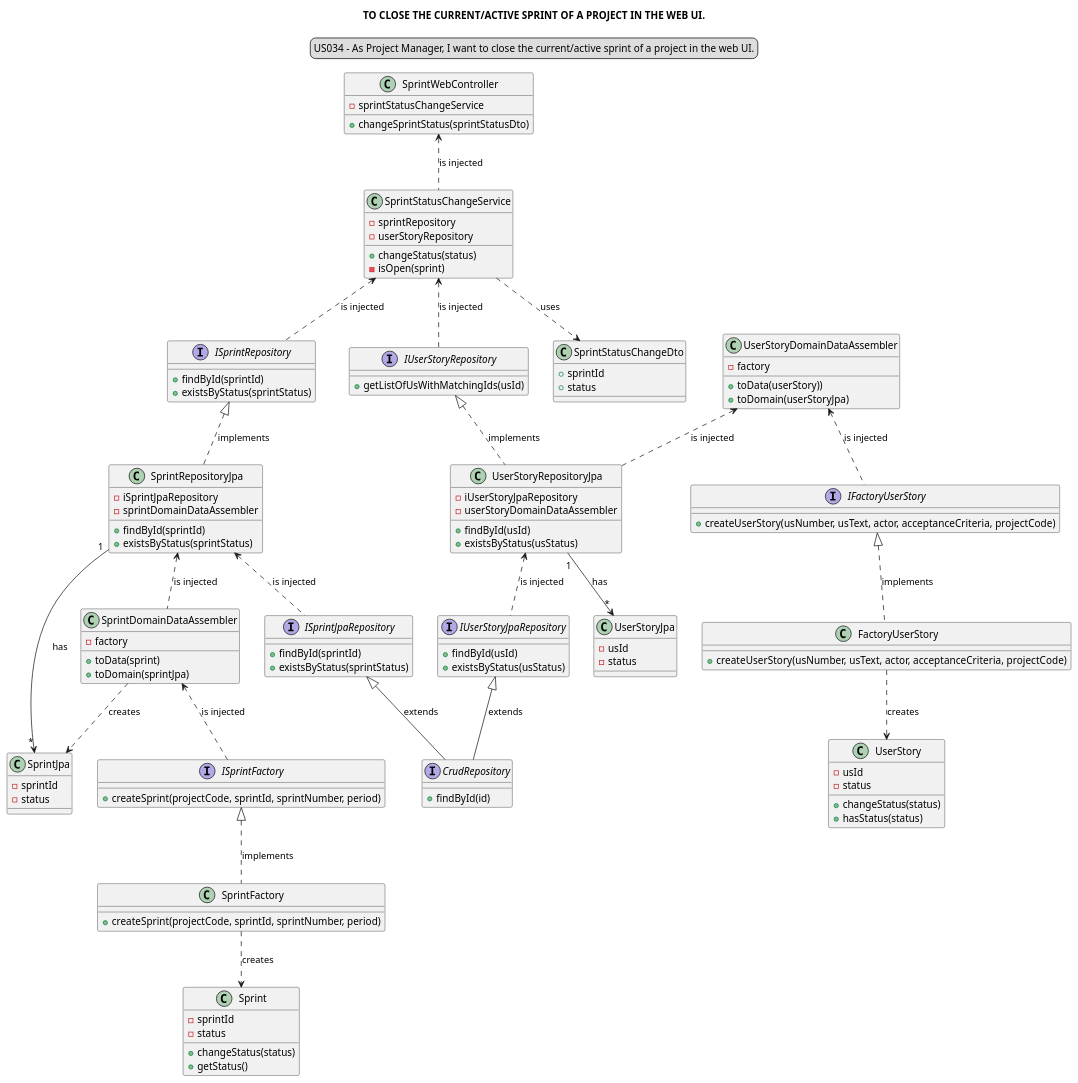
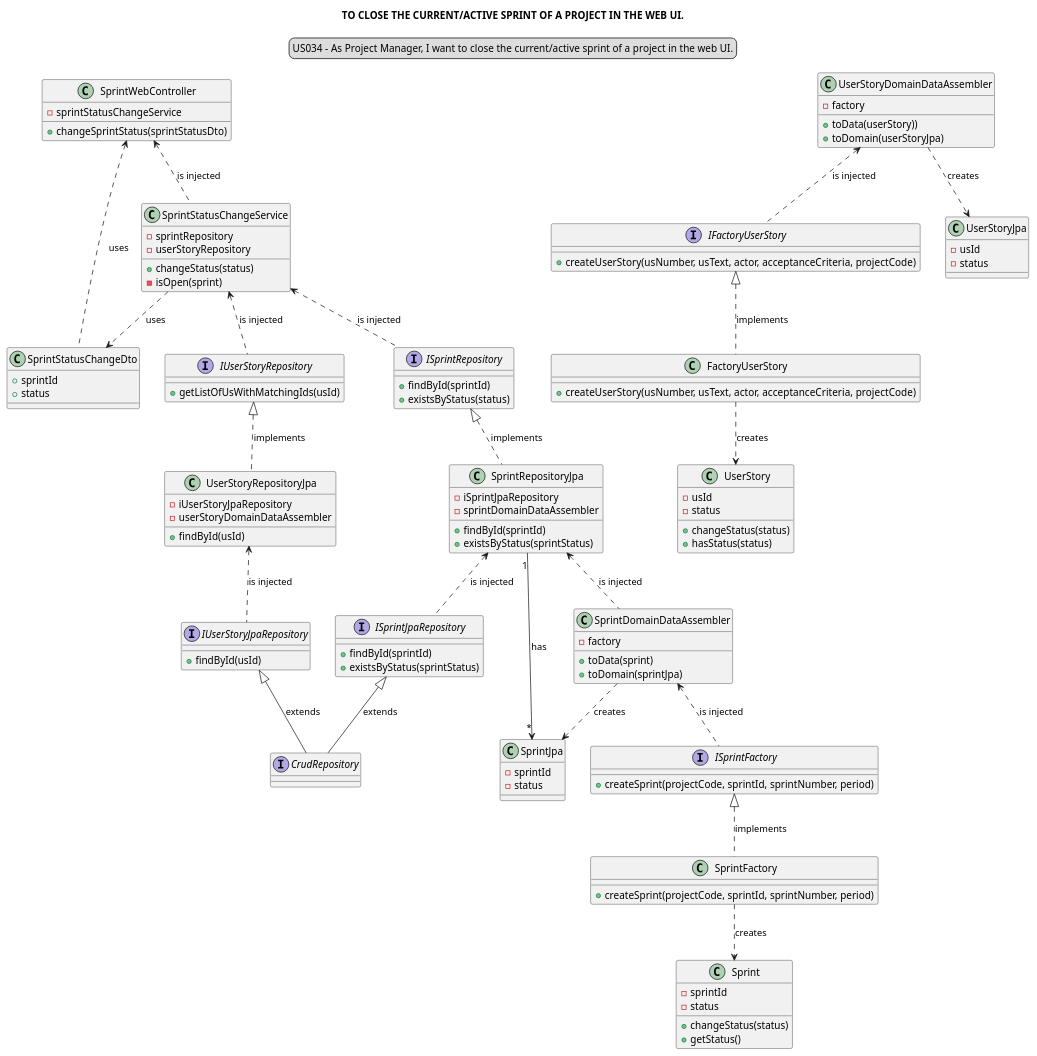
The diagram in docs/modelling_design/user_stories/sprint07/us034/US034_classDiagram_JPA.puml (Loracline/project_switch_22-23), drawn with PlantUML before and after one commit. The commit also changed 1 other file, not shown here.

Commit message:
US034: Design: Updated Class Diagrams (DDD and Jpa), addresses #665

```diff
--- a/docs/modelling_design/user_stories/sprint07/us034/US034_classDiagram_JPA.puml
+++ b/docs/modelling_design/user_stories/sprint07/us034/US034_classDiagram_JPA.puml
@@ -1,138 +1,134 @@
 @startuml
 
 skinparam sequenceMessageAlign center
 title TO CLOSE THE CURRENT/ACTIVE SPRINT OF A PROJECT IN THE WEB UI.
 legend top
 US034 - As Project Manager, I want to close the current/active sprint of a project in the web UI.
 end legend
 
 
 class SprintWebController {
 - sprintStatusChangeService
 + changeSprintStatus(sprintStatusDto)
 }
+SprintWebController <.. SprintStatusChangeService: is injected
+SprintWebController <..SprintStatusChangeDto: uses
 
 class SprintStatusChangeService {
 - sprintRepository
 - userStoryRepository
 + changeStatus(status)
 - isOpen(sprint)
 }
+SprintStatusChangeService ..> SprintStatusChangeDto: uses
+SprintStatusChangeService <.. ISprintRepository: is injected
+SprintStatusChangeService <.. IUserStoryRepository: is injected
 
 interface ISprintRepository {
 + findById(sprintId)
-+ existsByStatus(sprintStatus)
++ existsByStatus(status)
 }
+ISprintRepository <|.. SprintRepositoryJpa: implements
 
 class SprintRepositoryJpa {
 - iSprintJpaRepository
 - sprintDomainDataAssembler
 + findById(sprintId)
 + existsByStatus(sprintStatus)
 }
+SprintRepositoryJpa <.. ISprintJpaRepository: is injected
+SprintRepositoryJpa <.. SprintDomainDataAssembler: is injected
+SprintRepositoryJpa "1"--> "*"SprintJpa: has
 
 interface ISprintJpaRepository {
 + findById(sprintId)
 + existsByStatus(sprintStatus)
 }
+ISprintJpaRepository <|-- CrudRepository: extends
 
 interface ISprintFactory{
 + createSprint(projectCode, sprintId, sprintNumber, period)
 }
+ISprintFactory <|.. SprintFactory: implements
 
 class SprintFactory{
 + createSprint(projectCode, sprintId, sprintNumber, period)
 }
+SprintFactory ..> Sprint: creates
 
 class Sprint {
 - sprintId
 - status
 + changeStatus(status)
 + getStatus()
 }
 
 class SprintJpa {
 - sprintId
 - status
 }
 
 class SprintDomainDataAssembler{
 - factory
 + toData(sprint)
 + toDomain(sprintJpa)
 }
+SprintDomainDataAssembler ..> SprintJpa: creates
+SprintDomainDataAssembler <.. ISprintFactory: is injected
 
 interface IUserStoryRepository {
 + getListOfUsWithMatchingIds(usId)
 }
+IUserStoryRepository <|.. UserStoryRepositoryJpa: implements
 
 class UserStoryRepositoryJpa {
 - iUserStoryJpaRepository
 - userStoryDomainDataAssembler
 + findById(usId)
-+ existsByStatus(usStatus)
 }
+UserStoryRepositoryJpa <.. IUserStoryJpaRepository: is injected
 
 interface IUserStoryJpaRepository {
 + findById(usId)
-+ existsByStatus(usStatus)
 }
+IUserStoryJpaRepository <|-- CrudRepository: extends
 
 interface IFactoryUserStory{
 + createUserStory(usNumber, usText, actor, acceptanceCriteria, projectCode)
 }
+IFactoryUserStory <|.. FactoryUserStory: implements
 
 class FactoryUserStory{
 + createUserStory(usNumber, usText, actor, acceptanceCriteria, projectCode)
 }
+FactoryUserStory ..> UserStory: creates
 
 class UserStory {
 - usId
 - status
 + changeStatus(status)
 + hasStatus(status)
 }
 
 class UserStoryJpa {
 - usId
 - status
 }
 
 class UserStoryDomainDataAssembler{
 - factory
 + toData(userStory))
 + toDomain(userStoryJpa)
 }
+UserStoryDomainDataAssembler ..> UserStoryJpa: creates
+UserStoryDomainDataAssembler <.. IFactoryUserStory: is injected
 
 class SprintStatusChangeDto {
 + sprintId
 + status
 }
 
 interface CrudRepository {
-+ findById(id)
 }
 
-
-SprintWebController <.. SprintStatusChangeService: is injected
-SprintStatusChangeService ..> SprintStatusChangeDto: uses
-SprintStatusChangeService <.. ISprintRepository: is injected
-SprintStatusChangeService <.. IUserStoryRepository: is injected
-IUserStoryRepository <|.. UserStoryRepositoryJpa: implements
-ISprintRepository <|.. SprintRepositoryJpa: implements
-SprintRepositoryJpa <.. ISprintJpaRepository: is injected
-ISprintJpaRepository <|-- CrudRepository: extends
-SprintRepositoryJpa <.. SprintDomainDataAssembler: is injected
-SprintDomainDataAssembler ..> SprintJpa: creates
-SprintDomainDataAssembler <.. ISprintFactory: is injected
-ISprintFactory <|.. SprintFactory: implements
-SprintFactory ..> Sprint: creates
-SprintRepositoryJpa "1"--> "*"SprintJpa: has
-UserStoryRepositoryJpa <.. IUserStoryJpaRepository: is injected
-UserStoryDomainDataAssembler <.. UserStoryRepositoryJpa: is injected
-UserStoryRepositoryJpa "1"--> "*"UserStoryJpa: has
-IFactoryUserStory <|.. FactoryUserStory: implements
-FactoryUserStory ..> UserStory: creates
-UserStoryDomainDataAssembler <.. IFactoryUserStory: is injected
-IUserStoryJpaRepository <|-- CrudRepository: extends
 @enduml
```
